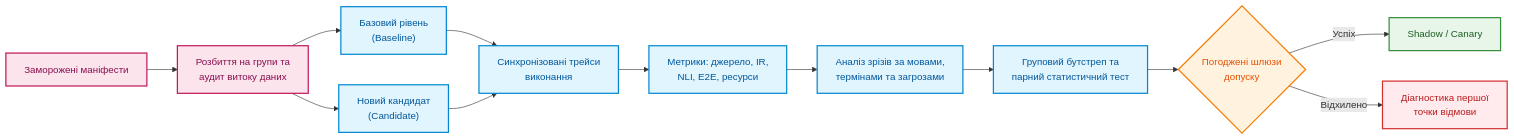
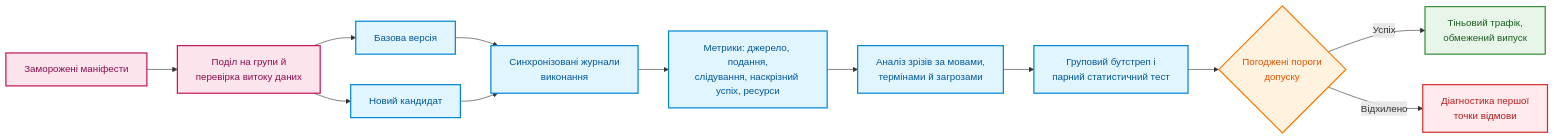
Before and after one commit to nick-fedchik/articles: the seventh of 7 diagrams in ExpertSystem/ch12-linguistic-analysis-and-local-models.md, drawn with Mermaid. The commit also changed other lines of this file, not shown here.

````diff
--- a/ExpertSystem/ch12-linguistic-analysis-and-local-models.md
+++ b/ExpertSystem/ch12-linguistic-analysis-and-local-models.md
@@ -409,29 +410,29 @@
 ```mermaid
 flowchart LR
-    accTitle: Процес порівняльної оцінки мовних кандидатів
-    accDescr: Схема експерименту від фіксованого спліту до парного бутстрепу та діагностики помилок.
+    accTitle: Порівняльне оцінювання кандидатів мовної підсистеми
+    accDescr: Експеримент від зафіксованого поділу даних до парного бутстрепу й діагностики помилок.
 
-    MF["Заморожені маніфести"] --> SPL["Розбиття на групи та<br/>аудит витоку даних"]
-    SPL --> B["Базовий рівень<br/>(Baseline)"]
-    SPL --> C["Новий кандидат<br/>(Candidate)"]
-    B --> TR["Синхронізовані трейси<br/>виконання"]
+    MF["Заморожені маніфести"] --> SPL["Поділ на групи й<br/>перевірка витоку даних"]
+    SPL --> B["Базова версія"]
+    SPL --> C["Новий кандидат"]
+    B --> TR["Синхронізовані журнали<br/>виконання"]
     C --> TR
-    TR --> MET["Метрики: джерело, IR,<br/>NLI, E2E, ресурси"]
-    MET --> SL["Аналіз зрізів за мовами,<br/>термінами та загрозами"]
-    SL --> CI["Груповий бутстреп та<br/>парний статистичний тест"]
-    CI --> G{"Погоджені шлюзи<br/>допуску"}
-    G -->|Успіх| DEP["Shadow / Canary"]
-    G -->|Відхилено| DIAG["Діагностика першої<br/>точки відмови"]
+    TR --> MET["Метрики: джерело, подання,<br/>слідування, наскрізний успіх, ресурси"]
+    MET --> SL["Аналіз зрізів за мовами,<br/>термінами й загрозами"]
+    SL --> CI["Груповий бутстреп і<br/>парний статистичний тест"]
+    CI --> G{"Погоджені пороги<br/>допуску"}
+    G -->|"Успіх"| DEP["Тіньовий трафік,<br/>обмежений випуск"]
+    G -->|"Відхилено"| DIAG["Діагностика першої<br/>точки відмови"]
 
     classDef src fill:#fce4ec,stroke:#c2185b,stroke-width:2px,color:#880e4f;
     classDef test fill:#e1f5fe,stroke:#0288d1,stroke-width:2px,color:#01579b;
     classDef gate fill:#fff3e0,stroke:#f57c00,stroke-width:2px,color:#e65100;
     classDef pass fill:#e8f5e9,stroke:#388e3c,stroke-width:2px,color:#1b5e20;
     classDef err fill:#ffebee,stroke:#d32f2f,stroke-width:2px,color:#b71c1c;
 
     class MF,SPL src;
     class B,C,TR,MET,SL,CI test;
     class G gate;
     class DEP pass;
     class DIAG err;
 ```
````
